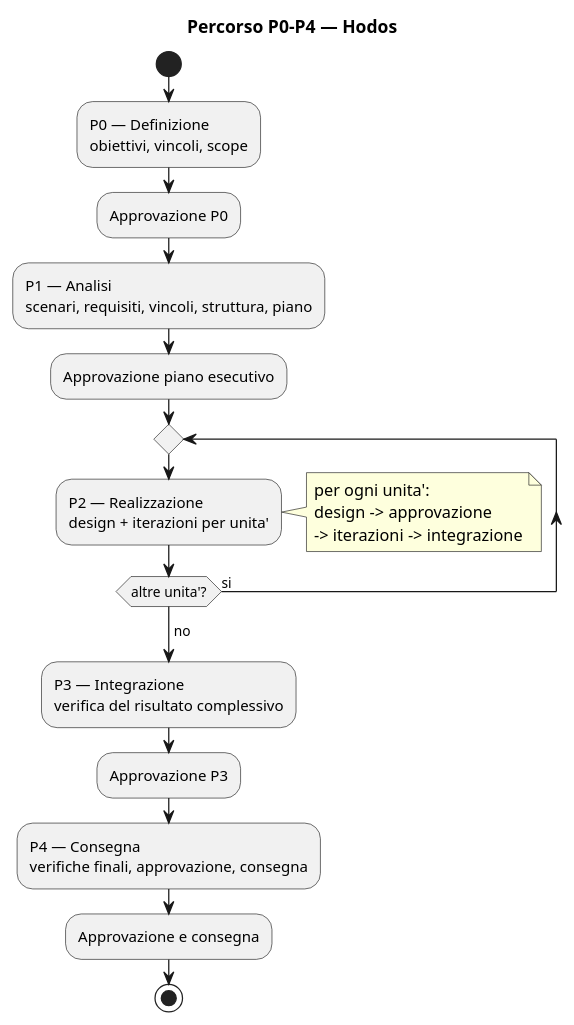
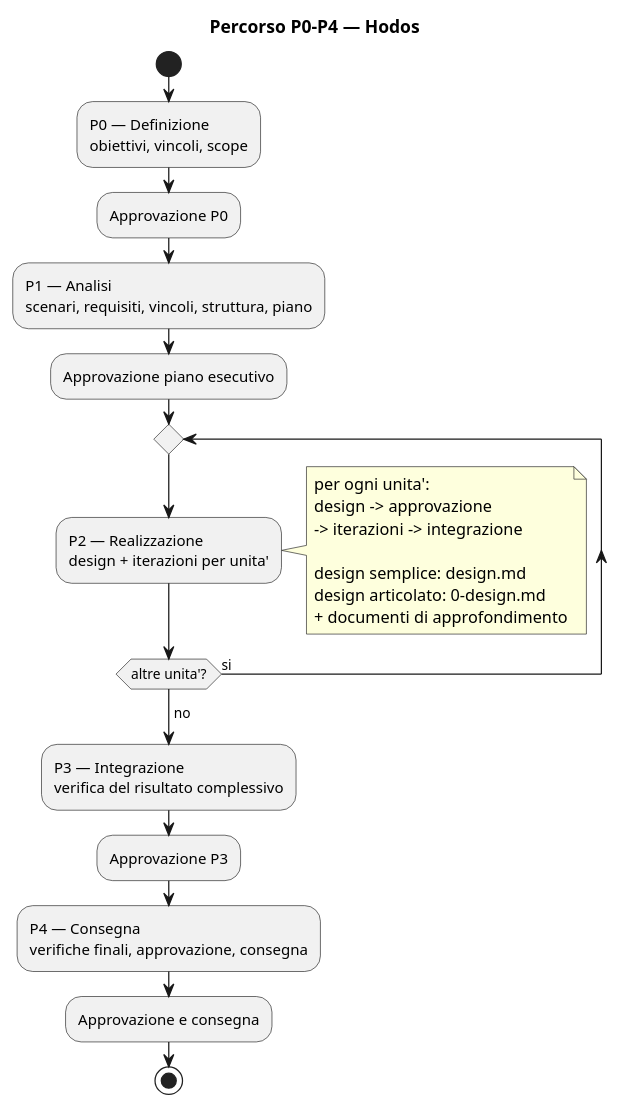
One commit to fabiopellati/hodos changed the diagram in it_IT/diagrams/fasi-p0-p4.puml. Above: the diagram before and after it, drawn with PlantUML. The commit also changed 4 other files, not shown here.

First line of the commit message:
feat: design articolato per unità complesse in P2 (Q125, RFC erp-monorepo Q030)

```diff
--- a/it_IT/diagrams/fasi-p0-p4.puml
+++ b/it_IT/diagrams/fasi-p0-p4.puml
@@ -1,39 +1,43 @@
 @startuml fasi-p0-p4
 title Percorso P0-P4 — Hodos
 
 start
 
 :P0 — Definizione
 obiettivi, vincoli, scope;
 
 :Approvazione P0;
 
 :P1 — Analisi
 scenari, requisiti, vincoli, struttura, piano;
 
 :Approvazione piano esecutivo;
 
 repeat
   :P2 — Realizzazione
   design + iterazioni per unita';
   note right
     per ogni unita':
     design -> approvazione
     -> iterazioni -> integrazione
+
+    design semplice: design.md
+    design articolato: 0-design.md
+    + documenti di approfondimento
   end note
 repeat while (altre unita'?) is (si)
 -> no;
 
 :P3 — Integrazione
 verifica del risultato complessivo;
 
 :Approvazione P3;
 
 :P4 — Consegna
 verifiche finali, approvazione, consegna;
 
 :Approvazione e consegna;
 
 stop
 
 @enduml
```
